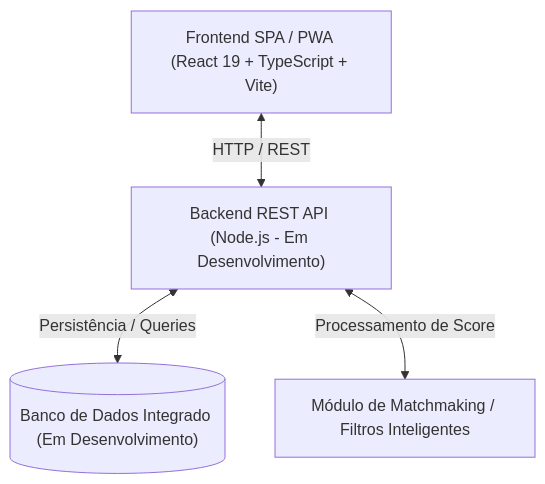
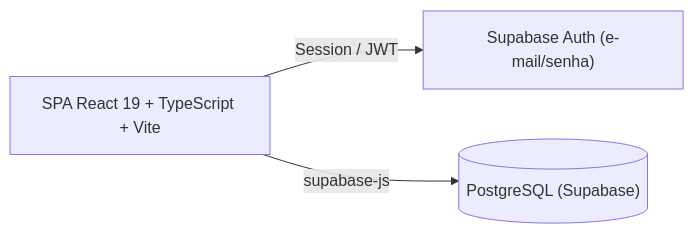
One commit to kiellzz/nexo changed the second of 2 diagrams in README.md. Above: the diagram before and after it, drawn with Mermaid. The commit also changed other lines of this file, not shown here.

````diff
--- a/README.md
+++ b/README.md
@@ -102,11 +140,9 @@
 ```mermaid
-flowchart TD
-    Client["Frontend SPA / PWA (React 19 + TypeScript + Vite)"]
-    API["Backend REST API (Node.js - Em Desenvolvimento)"]
-    DB[("Banco de Dados Integrado (Em Desenvolvimento)")]
-    IA["Módulo de Matchmaking / Filtros Inteligentes"]
+flowchart LR
+    Client["SPA React 19 + TypeScript + Vite"]
+    Auth["Supabase Auth (e-mail/senha)"]
+    DB[("PostgreSQL (Supabase)")]
 
-    Client <-->|"HTTP / REST"| API
-    API <-->|"Persistência / Queries"| DB
-    API <-->|"Processamento de Score"| IA
+    Client -->|"Session / JWT"| Auth
+    Client -->|"supabase-js"| DB
 ```
````
